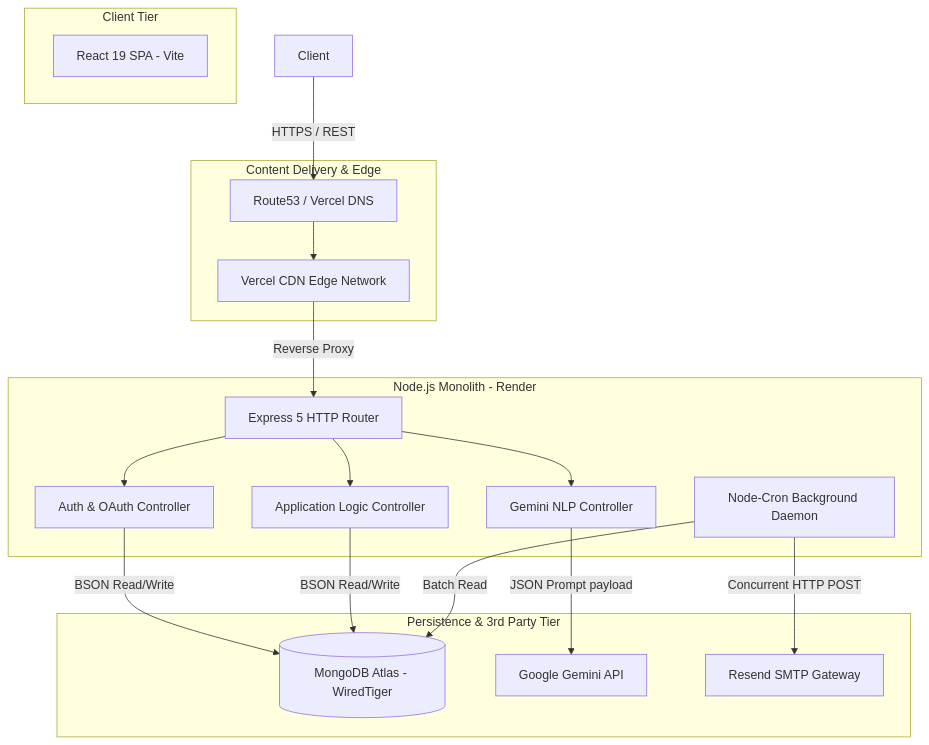
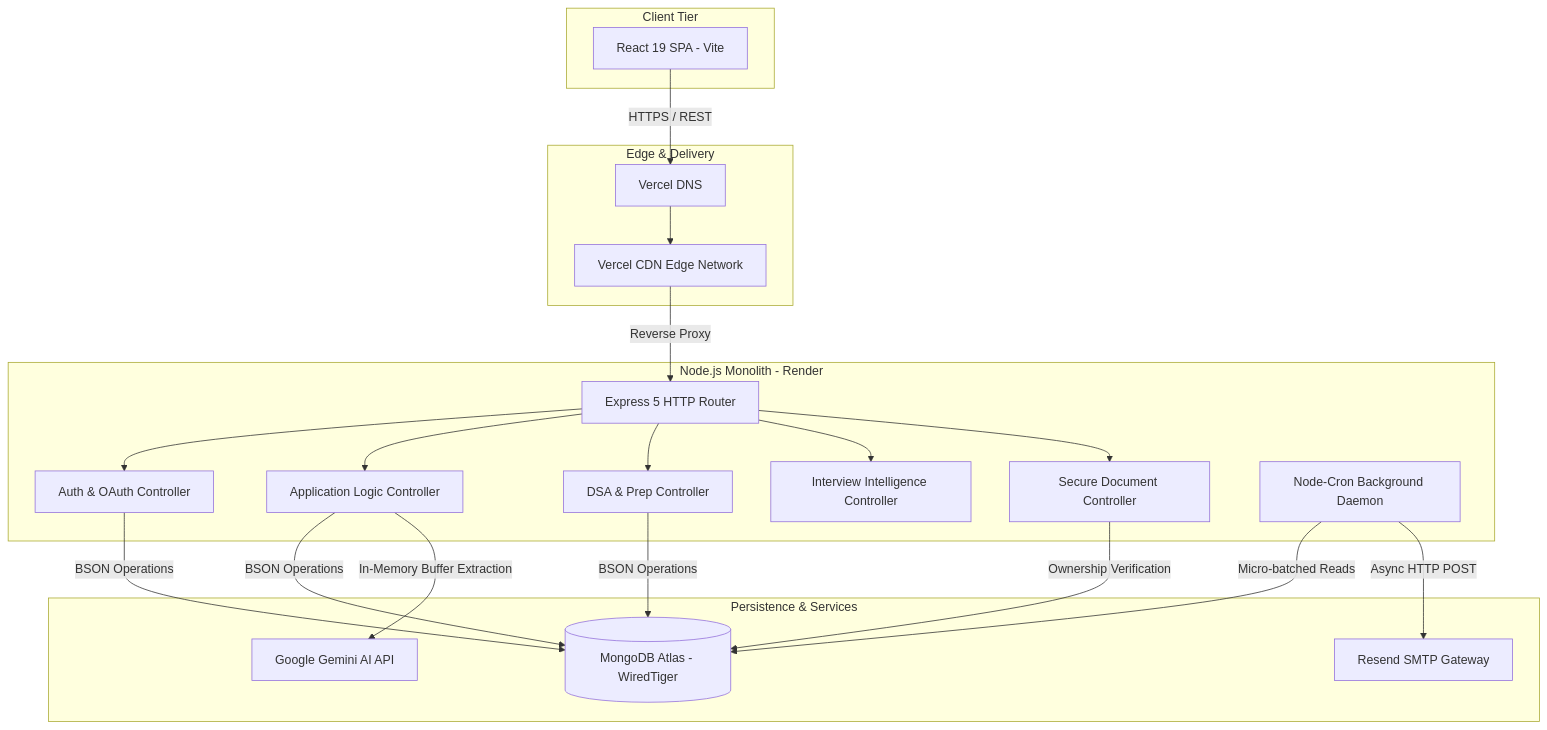
Before and after one commit to sandeep-kumar-270904/my-personal-tracking-system-: the first of 5 diagrams in README.md, drawn with Mermaid. The commit also changed other lines of this file, not shown here.

````diff
--- a/README.md
+++ b/README.md
@@ -139,40 +79,46 @@
 ```mermaid
 graph TD
     subgraph Client Tier [Client Tier]
         SPA[React 19 SPA - Vite]
     end
 
-    subgraph Edge Tier [Content Delivery & Edge]
+    subgraph Edge Tier [Edge & Delivery]
         CDN[Vercel CDN Edge Network]
-        DNS[Route53 / Vercel DNS]
+        DNS[Vercel DNS]
     end
 
     subgraph Application Tier [Node.js Monolith - Render]
         Router[Express 5 HTTP Router]
         Auth[Auth & OAuth Controller]
         AppCtrl[Application Logic Controller]
-        NLP[Gemini NLP Controller]
+        DSACtrl[DSA & Prep Controller]
+        IntCtrl[Interview Intelligence Controller]
+        DocCtrl[Secure Document Controller]
         Cron[Node-Cron Background Daemon]
     end
 
-    subgraph Persistence & 3rd Party Tier
+    subgraph Persistence & Services
         DB[(MongoDB Atlas - WiredTiger)]
-        Gemini[Google Gemini API]
+        Gemini[Google Gemini AI API]
         SMTP[Resend SMTP Gateway]
     end
 
-    Client -- HTTPS / REST --> DNS
+    SPA -- HTTPS / REST --> DNS
     DNS --> CDN
     CDN -- Reverse Proxy --> Router
     
     Router --> Auth
     Router --> AppCtrl
-    Router --> NLP
+    Router --> DSACtrl
+    Router --> IntCtrl
+    Router --> DocCtrl
     
-    Auth -- BSON Read/Write --> DB
-    AppCtrl -- BSON Read/Write --> DB
-    Cron -- Batch Read --> DB
+    Auth -- BSON Operations --> DB
+    AppCtrl -- BSON Operations --> DB
+    DSACtrl -- BSON Operations --> DB
+    DocCtrl -- Ownership Verification --> DB
+    Cron -- Micro-batched Reads --> DB
     
-    NLP -- JSON Prompt payload --> Gemini
-    Cron -- Concurrent HTTP POST --> SMTP
+    AppCtrl -- In-Memory Buffer Extraction --> Gemini
+    Cron -- Async HTTP POST --> SMTP
 ```
````
